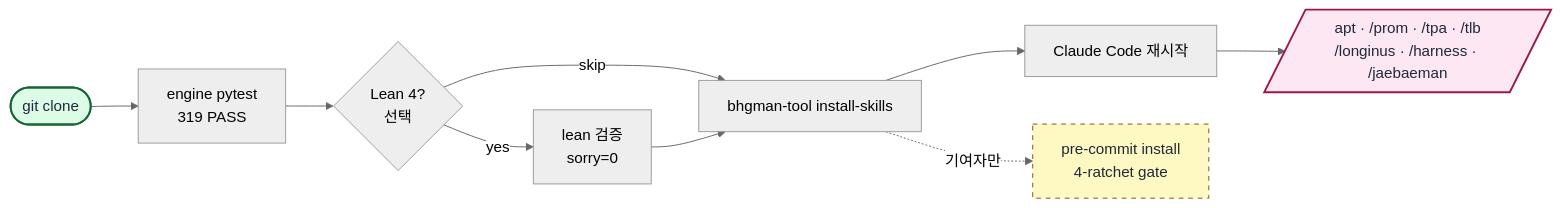
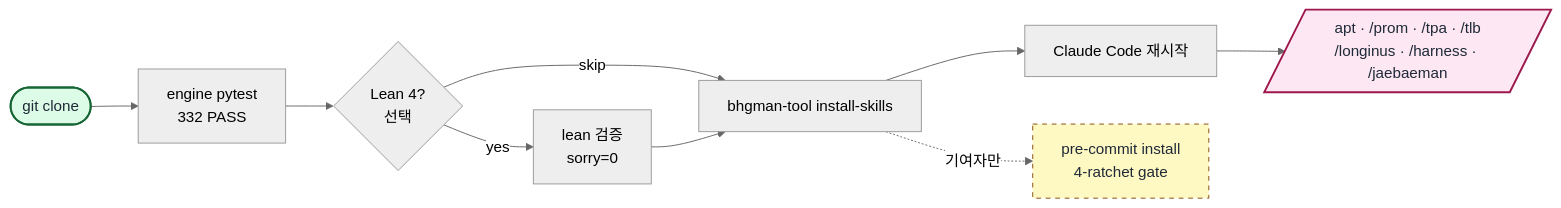
One commit to gj3447/bhgman_tool changed the diagram in README.ko-KR.md. Above: the diagram before and after it, drawn with Mermaid (neutral theme). The commit also changed other lines of this file and 5 other files, not shown here.

````diff
--- a/README.ko-KR.md
+++ b/README.ko-KR.md
@@ -86,18 +86,18 @@
 ```mermaid
 flowchart LR
-    A([git clone]) --> B[engine pytest<br/>319 PASS]
+    A([git clone]) --> B[engine pytest<br/>332 PASS]
     B --> C{Lean 4?<br/>선택}
     C -- yes --> D[lean 검증<br/>sorry=0]
     C -- skip --> E[bhgman-tool install-skills]
     D --> E
     E --> F[Claude Code 재시작]
     F --> G[/apt · /prom · /tpa · /tlb<br/>/longinus · /harness · /jaebaeman/]
     E -. 기여자만 .-> H[pre-commit install<br/>4-ratchet gate]
 
     classDef startNode fill:#dcfce7,stroke:#166534,stroke-width:2px,color:#1f2937
     classDef endNode fill:#fce7f3,stroke:#9d174d,stroke-width:2px,color:#1f2937
     classDef optNode fill:#fef9c3,stroke:#854d0e,stroke-width:1px,stroke-dasharray:5 5,color:#1f2937
     class A startNode
     class G endNode
     class H optNode
 ```
````
